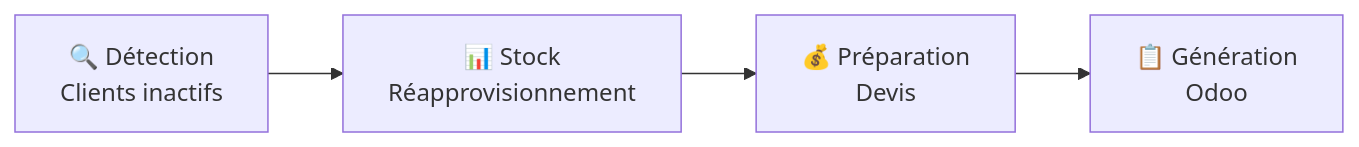
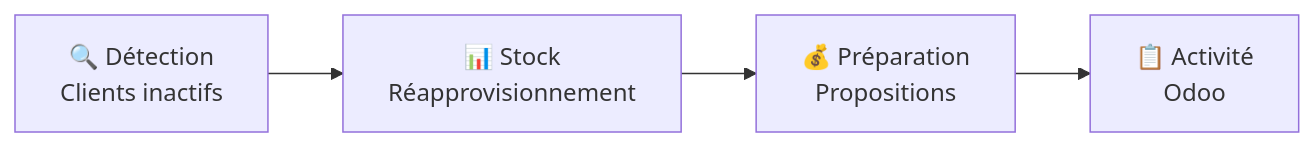
Before and after one commit to dimitrileduc/auto-proposal: the diagram in docs/README.md, drawn with Mermaid. The commit also changed other lines of this file and 117 other files, not shown here.

````diff
--- a/docs/README.md
+++ b/docs/README.md
@@ -7,6 +7,6 @@
 ```mermaid
 flowchart LR
     A["🔍 Détection<br/>Clients inactifs"] --> B["📊 Stock<br/>Réapprovisionnement"]
-    B --> C["💰 Préparation<br/>Devis"]
-    C --> D["📋 Génération<br/>Odoo"]
+    B --> C["💰 Préparation<br/>Propositions"]
+    C --> D["📋 Activité<br/>Odoo"]
 ```
````
